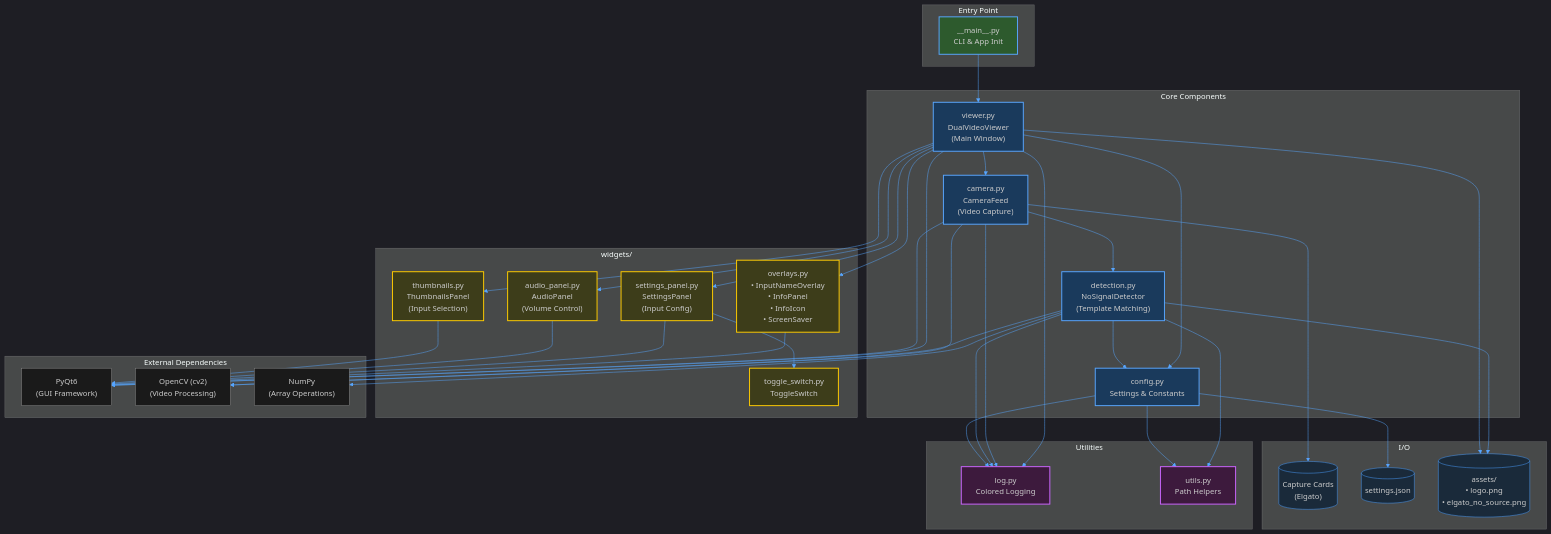
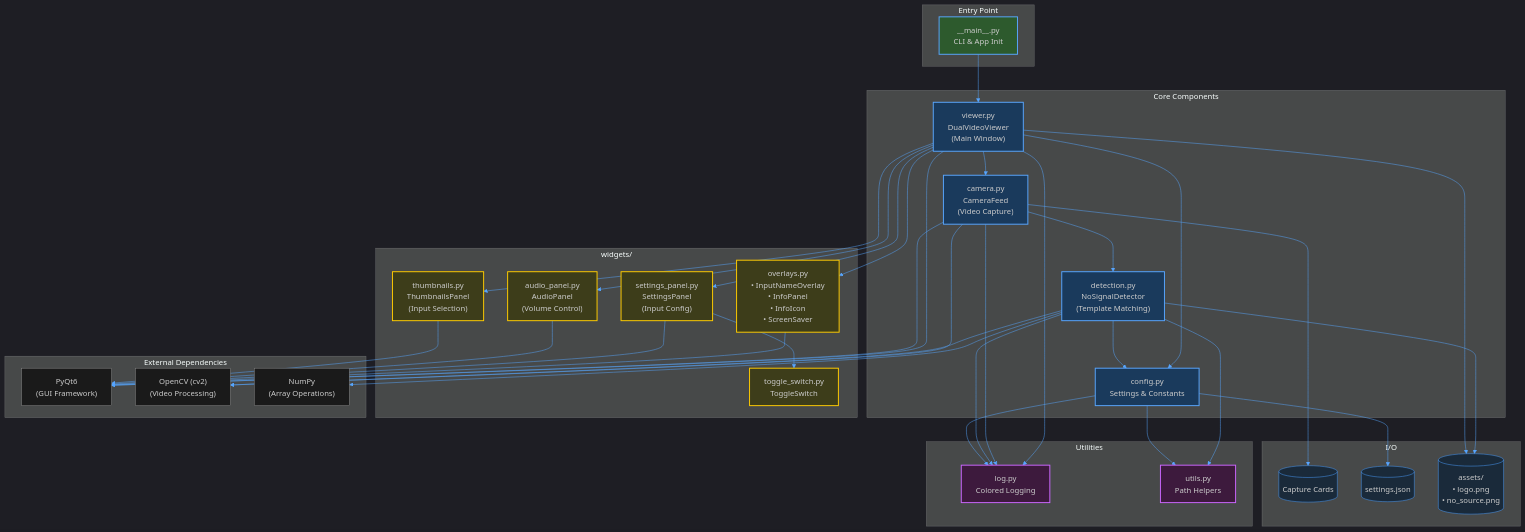
One commit to Lab271/labs-input-viewer changed the diagram in input_viewer_python/input_viewer/ARCHITECTURE.md. Above: the diagram before and after it, drawn with Mermaid. The commit also changed other lines of this file and 1 other file, not shown here.

Commit message:
docs: remove hardware-specific Elgato references

```diff
--- a/input_viewer_python/input_viewer/ARCHITECTURE.md
+++ b/input_viewer_python/input_viewer/ARCHITECTURE.md
@@ -37,9 +37,9 @@
     end
 
     subgraph IO["I/O"]
-        cameras[("Capture Cards<br/>(Elgato)")]
+        cameras[("Capture Cards")]
         settingsfile[("settings.json")]
-        assets[("assets/<br/>• logo.png<br/>• elgato_no_source.png")]
+        assets[("assets/<br/>• logo.png<br/>• no_source.png")]
     end
 
     %% Entry flow
```
